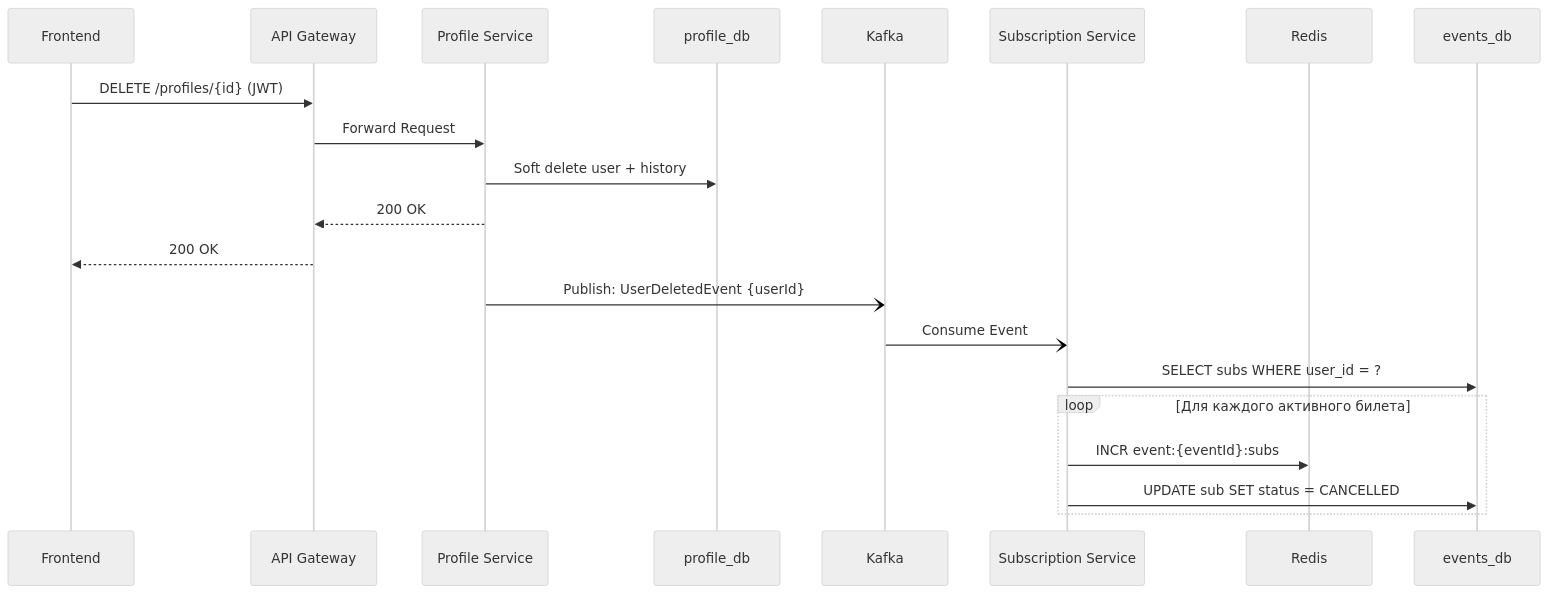
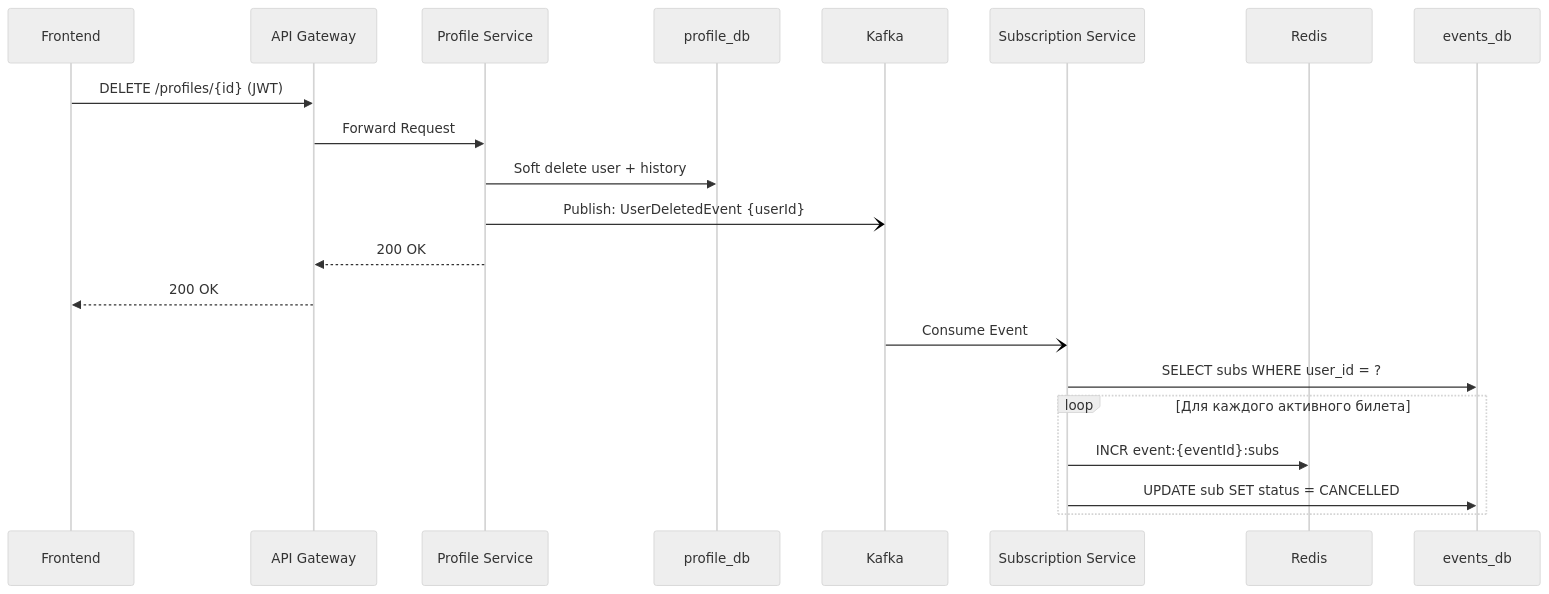
The fifth of 6 diagrams in README.md (NewRecon/sport-point-api), drawn with Mermaid (neutral theme) before and after one commit. The commit also changed other lines of this file and 25 other files, not shown here.

````diff
--- a/README.md
+++ b/README.md
@@ -230,24 +235,24 @@
 ```mermaid
 sequenceDiagram
     participant C as Frontend
     participant GW as API Gateway
     participant PS as Profile Service
     participant DB1 as profile_db
     participant K as Kafka
     participant SS as Subscription Service
     participant R as Redis
     participant DB2 as events_db
 
     C->>GW: DELETE /profiles/{id} (JWT)
     GW->>PS: Forward Request
     PS->>DB1: Soft delete user + history
+    PS-)K: Publish: UserDeletedEvent {userId}
     PS-->>GW: 200 OK
     GW-->>C: 200 OK
-    PS-)K: Publish: UserDeletedEvent {userId}
     K-)SS: Consume Event
     SS->>DB2: SELECT subs WHERE user_id = ?
     loop Для каждого активного билета
         SS->>R: INCR event:{eventId}:subs
         SS->>DB2: UPDATE sub SET status = CANCELLED
     end
 ```
````
